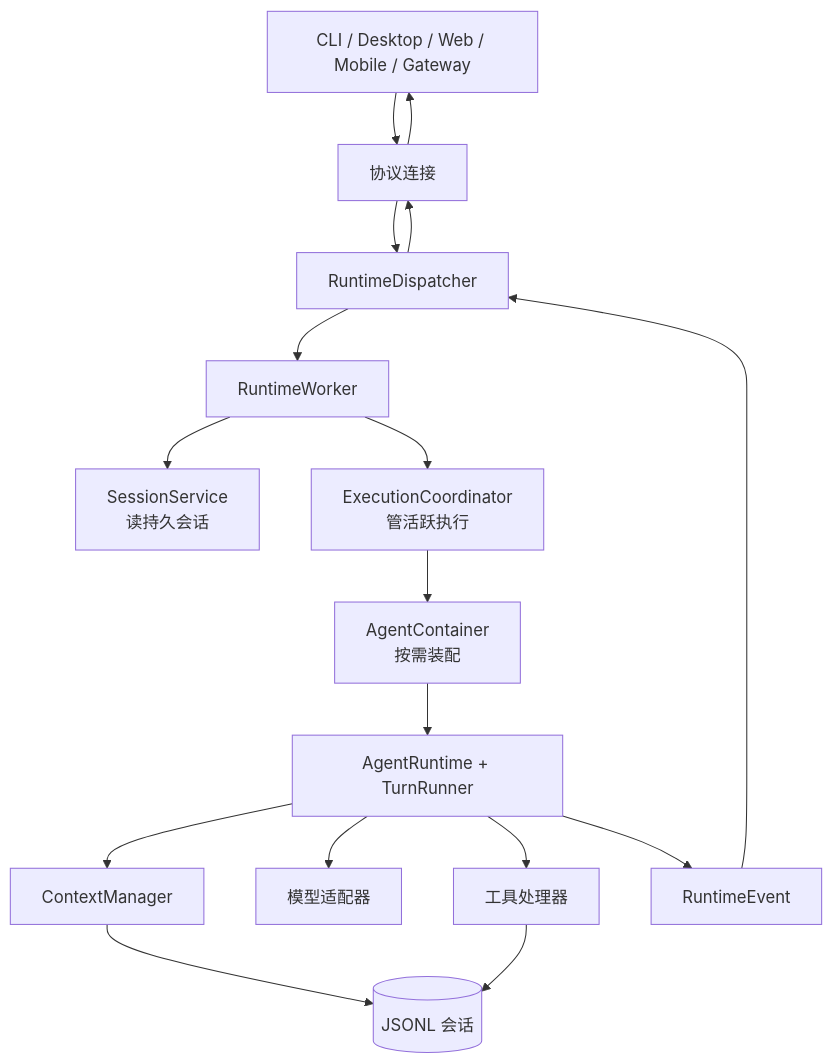
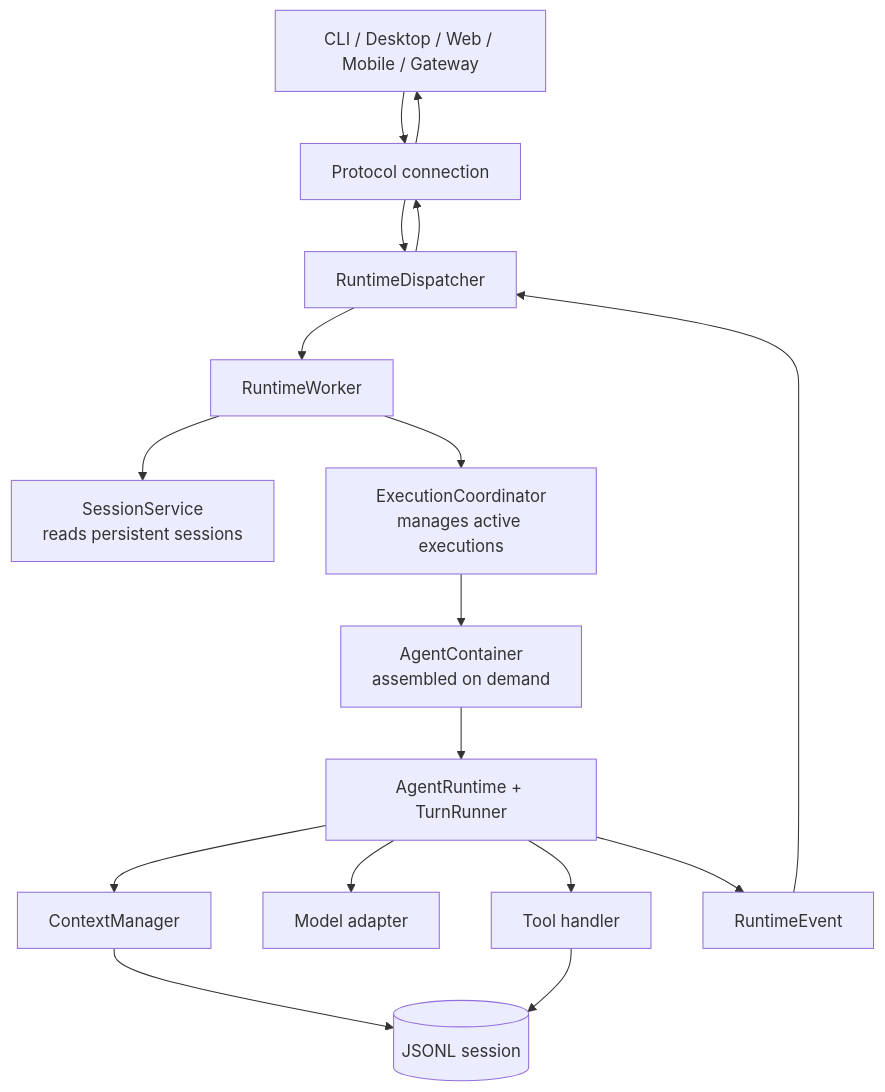
The diagram in docs/internals/00-architecture/system-map.md (Azzurroooo/rind), drawn with Mermaid before and after one commit. The commit also changed other lines of this file and 109 other files, not shown here.

```diff
--- a/docs/internals/00-architecture/system-map.md
+++ b/docs/internals/00-architecture/system-map.md
@@ -5,17 +7,17 @@
 ~~~mermaid
 flowchart TB
-    S["CLI / Desktop / Web / Mobile / Gateway"] --> P["协议连接"]
+    S["CLI / Desktop / Web / Mobile / Gateway"] --> P["Protocol connection"]
     P --> D["RuntimeDispatcher"]
     D --> W["RuntimeWorker"]
-    W --> SS["SessionService<br/>读持久会话"]
-    W --> EC["ExecutionCoordinator<br/>管活跃执行"]
-    EC --> A["AgentContainer<br/>按需装配"]
+    W --> SS["SessionService<br/>reads persistent sessions"]
+    W --> EC["ExecutionCoordinator<br/>manages active executions"]
+    EC --> A["AgentContainer<br/>assembled on demand"]
     A --> R["AgentRuntime + TurnRunner"]
     R --> C["ContextManager"]
-    R --> M["模型适配器"]
-    R --> T["工具处理器"]
-    C --> F[("JSONL 会话")]
+    R --> M["Model adapter"]
+    R --> T["Tool handler"]
+    C --> F[("JSONL session")]
     T --> F
     R --> E["RuntimeEvent"]
     E --> D --> P --> S
 ~~~
```
